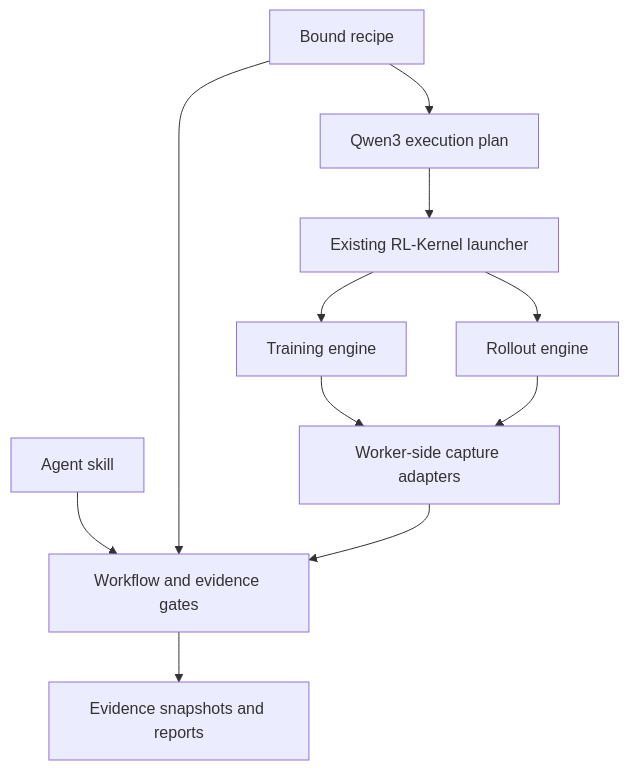
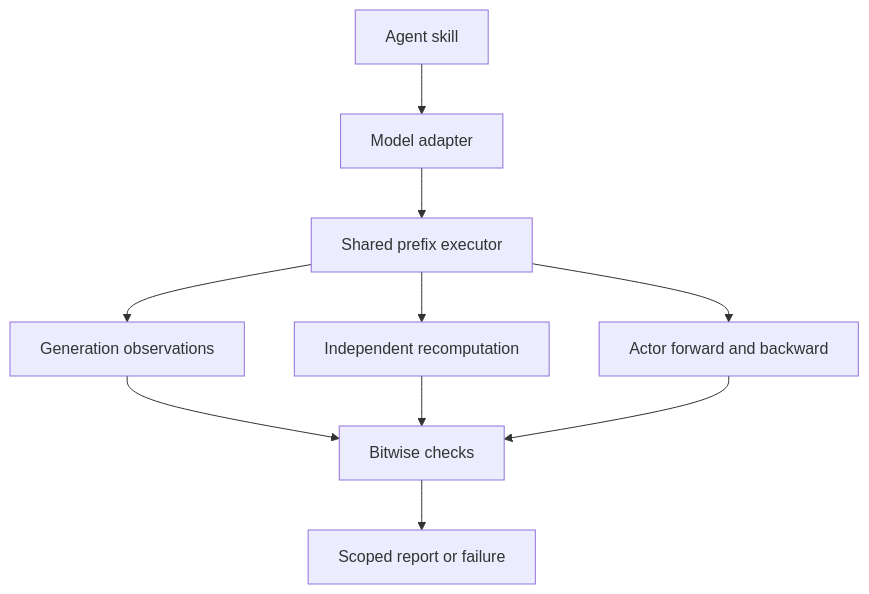
Before and after one commit to RL-Align/RL-Consistency: the diagram in docs/architecture.md, drawn with Mermaid. The commit also changed other lines of this file and 22 other files, not shown here.

Commit message:
Add independent shared-prefix runtime for Dense Hybrid and MoE models

````diff
--- a/docs/architecture.md
+++ b/docs/architecture.md
@@ -3,13 +5,12 @@
 ```mermaid
 flowchart TD
-  S[Agent skill] --> W[Workflow and evidence gates]
-  R[Bound recipe] --> W
-  W --> E[Evidence snapshots and reports]
-  R --> P[Qwen3 execution plan]
-  P --> K[Existing RL-Kernel launcher]
-  K --> T[Training engine]
-  K --> I[Rollout engine]
-  T --> C[Worker-side capture adapters]
-  I --> C
-  C --> W
+  S[Agent skill] --> A[Model adapter]
+  A --> R[Shared prefix executor]
+  R --> G[Generation observations]
+  R --> O[Independent recomputation]
+  R --> T[Actor forward and backward]
+  G --> V[Bitwise checks]
+  O --> V
+  T --> V
+  V --> E[Scoped report or failure]
 ```
````
